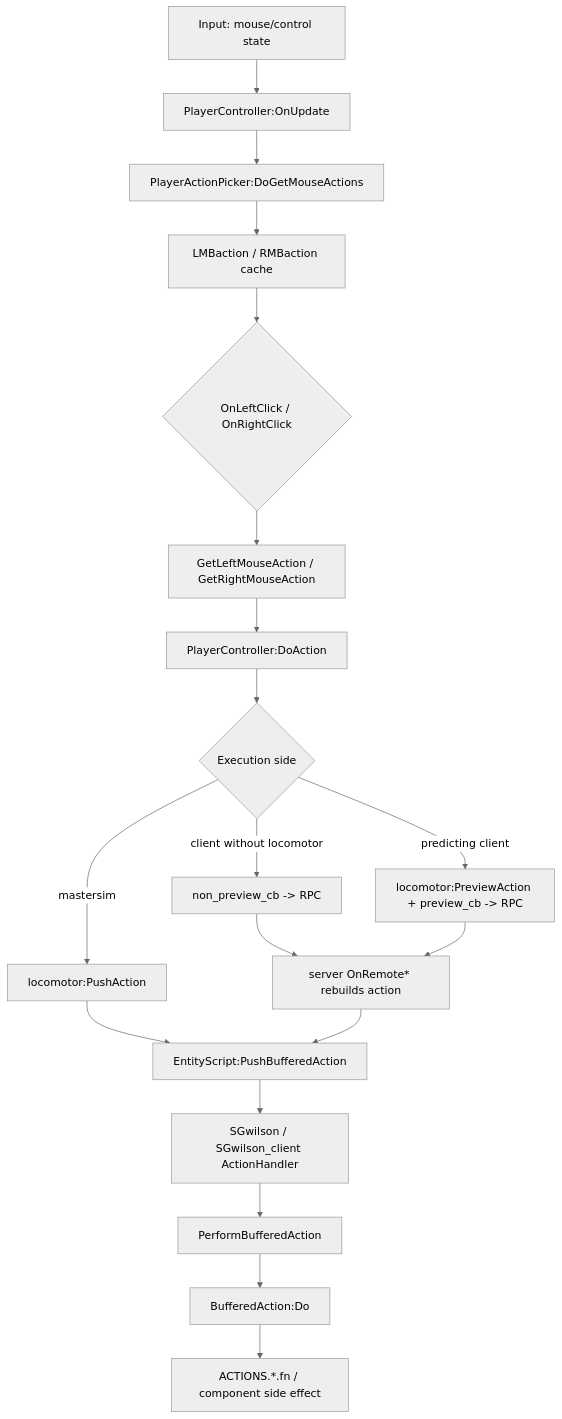
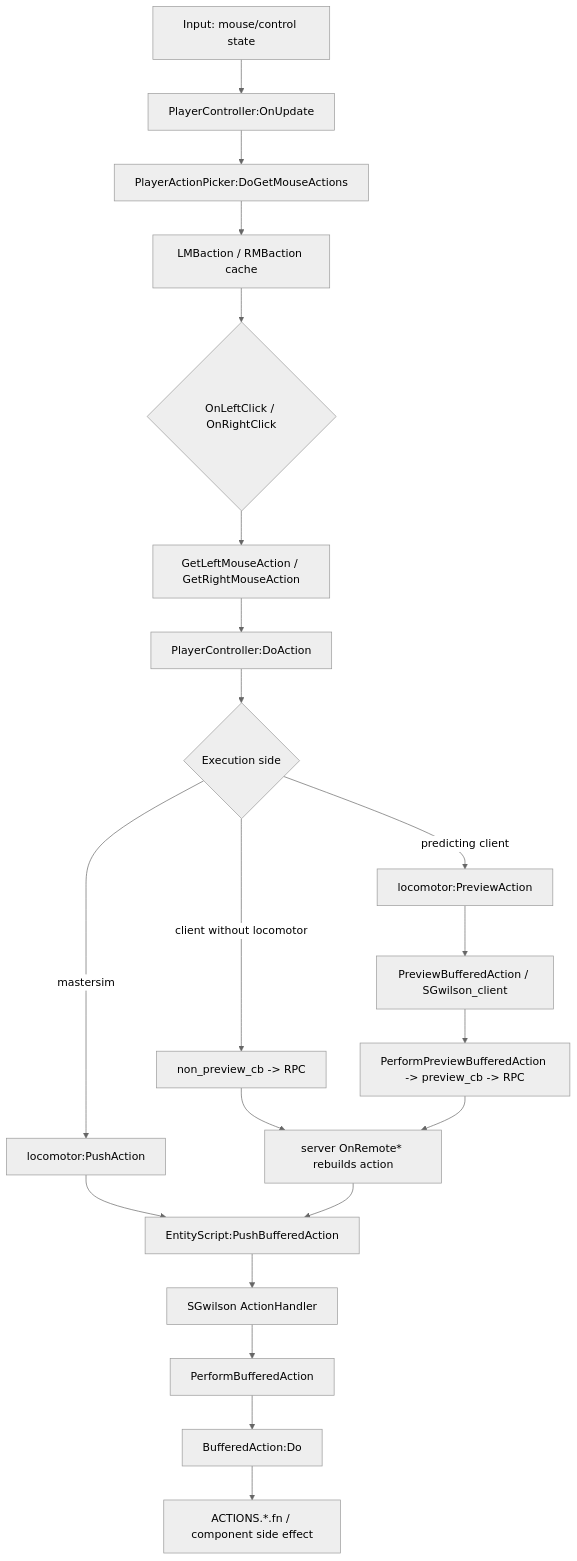
One commit to LetsStarveTogether/dst-server changed the diagram in dst-scripts/index/0x3000-entity-action/0x3200-action-pipeline/0x3203-player-input-action.md. Above: the diagram before and after it, drawn with Mermaid (neutral theme). The commit also changed other lines of this file and 13 other files, not shown here.

```diff
--- a/dst-scripts/index/0x3000-entity-action/0x3200-action-pipeline/0x3203-player-input-action.md
+++ b/dst-scripts/index/0x3000-entity-action/0x3200-action-pipeline/0x3203-player-input-action.md
@@ -50,22 +50,24 @@
 ~~~mermaid
 flowchart TD
     A["Input: mouse/control state"]
     A --> B["PlayerController:OnUpdate"]
     B --> C["PlayerActionPicker:DoGetMouseActions"]
     C --> D["LMBaction / RMBaction cache"]
     D --> E{"OnLeftClick / OnRightClick"}
     E --> F["GetLeftMouseAction / GetRightMouseAction"]
     F --> G["PlayerController:DoAction"]
     G --> H{"Execution side"}
     H -->|mastersim| I["locomotor:PushAction"]
     H -->|client without locomotor| J["non_preview_cb -> RPC"]
-    H -->|predicting client| K["locomotor:PreviewAction + preview_cb -> RPC"]
+    H -->|predicting client| K["locomotor:PreviewAction"]
     I --> L["EntityScript:PushBufferedAction"]
     J --> M["server OnRemote* rebuilds action"]
-    K --> M
+    K --> R["PreviewBufferedAction / SGwilson_client"]
+    R --> S["PerformPreviewBufferedAction -> preview_cb -> RPC"]
+    S --> M
     M --> L
-    L --> N["SGwilson / SGwilson_client ActionHandler"]
+    L --> N["SGwilson ActionHandler"]
     N --> O["PerformBufferedAction"]
     O --> P["BufferedAction:Do"]
     P --> Q["ACTIONS.*.fn / component side effect"]
 ~~~
```
